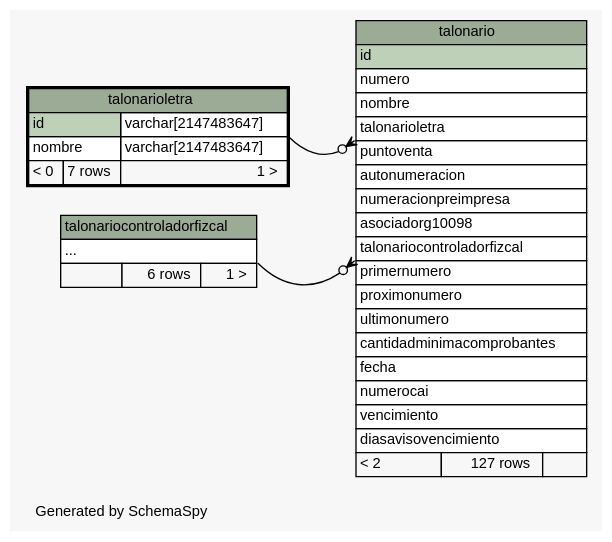
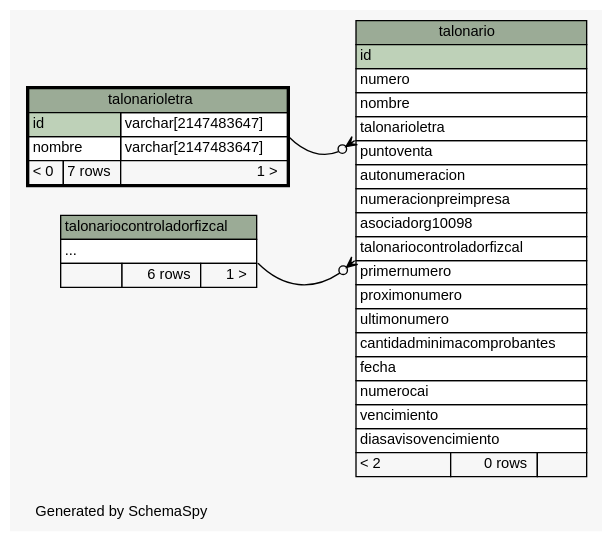
One commit to diegopablomansilla/massoftware_front changed the diagram in postgresql/schemaSpy/salida/diagrams/talonarioletra.2degrees.dot. Above: the diagram before and after it, drawn with Graphviz. The commit also changed 350 other files, not shown here.

```diff
--- a/postgresql/schemaSpy/salida/diagrams/talonarioletra.2degrees.dot
+++ b/postgresql/schemaSpy/salida/diagrams/talonarioletra.2degrees.dot
@@ -1,71 +1,71 @@
 // dot 2.2.1 on Windows 10 10.0
 // SchemaSpy rev 590
 digraph "twoDegreesRelationshipsDiagram" {
   graph [
     rankdir="RL"
     bgcolor="#f7f7f7"
     label="\nGenerated by SchemaSpy"
     labeljust="l"
     nodesep="0.18"
     ranksep="0.46"
     fontname="Helvetica"
     fontsize="11"
   ];
   node [
     fontname="Helvetica"
     fontsize="11"
     shape="plaintext"
   ];
   edge [
     arrowsize="0.8"
   ];
   "talonario":"talonariocontroladorfizcal":sw -> "talonariocontroladorfizcal":"elipses":se [arrowhead=none dir=back arrowtail=crowodot];
   "talonario":"talonarioletra":sw -> "talonarioletra":"id.type":se [arrowhead=none dir=back arrowtail=crowodot];
   "talonario" [
     label=<
     <TABLE BORDER="0" CELLBORDER="1" CELLSPACING="0" BGCOLOR="#ffffff">
       <TR><TD COLSPAN="3" BGCOLOR="#9bab96" ALIGN="CENTER">talonario</TD></TR>
       <TR><TD PORT="id" COLSPAN="3" BGCOLOR="#bed1b8" ALIGN="LEFT">id</TD></TR>
       <TR><TD PORT="numero" COLSPAN="3" ALIGN="LEFT">numero</TD></TR>
       <TR><TD PORT="nombre" COLSPAN="3" ALIGN="LEFT">nombre</TD></TR>
       <TR><TD PORT="talonarioletra" COLSPAN="3" ALIGN="LEFT">talonarioletra</TD></TR>
       <TR><TD PORT="puntoventa" COLSPAN="3" ALIGN="LEFT">puntoventa</TD></TR>
       <TR><TD PORT="autonumeracion" COLSPAN="3" ALIGN="LEFT">autonumeracion</TD></TR>
       <TR><TD PORT="numeracionpreimpresa" COLSPAN="3" ALIGN="LEFT">numeracionpreimpresa</TD></TR>
       <TR><TD PORT="asociadorg10098" COLSPAN="3" ALIGN="LEFT">asociadorg10098</TD></TR>
       <TR><TD PORT="talonariocontroladorfizcal" COLSPAN="3" ALIGN="LEFT">talonariocontroladorfizcal</TD></TR>
       <TR><TD PORT="primernumero" COLSPAN="3" ALIGN="LEFT">primernumero</TD></TR>
       <TR><TD PORT="proximonumero" COLSPAN="3" ALIGN="LEFT">proximonumero</TD></TR>
       <TR><TD PORT="ultimonumero" COLSPAN="3" ALIGN="LEFT">ultimonumero</TD></TR>
       <TR><TD PORT="cantidadminimacomprobantes" COLSPAN="3" ALIGN="LEFT">cantidadminimacomprobantes</TD></TR>
       <TR><TD PORT="fecha" COLSPAN="3" ALIGN="LEFT">fecha</TD></TR>
       <TR><TD PORT="numerocai" COLSPAN="3" ALIGN="LEFT">numerocai</TD></TR>
       <TR><TD PORT="vencimiento" COLSPAN="3" ALIGN="LEFT">vencimiento</TD></TR>
       <TR><TD PORT="diasavisovencimiento" COLSPAN="3" ALIGN="LEFT">diasavisovencimiento</TD></TR>
-      <TR><TD ALIGN="LEFT" BGCOLOR="#f7f7f7">&lt; 2</TD><TD ALIGN="RIGHT" BGCOLOR="#f7f7f7">127 rows</TD><TD ALIGN="RIGHT" BGCOLOR="#f7f7f7">  </TD></TR>
+      <TR><TD ALIGN="LEFT" BGCOLOR="#f7f7f7">&lt; 2</TD><TD ALIGN="RIGHT" BGCOLOR="#f7f7f7">0 rows</TD><TD ALIGN="RIGHT" BGCOLOR="#f7f7f7">  </TD></TR>
     </TABLE>>
     URL="talonario.html"
     tooltip="talonario"
   ];
   "talonariocontroladorfizcal" [
     label=<
     <TABLE BORDER="0" CELLBORDER="1" CELLSPACING="0" BGCOLOR="#ffffff">
       <TR><TD COLSPAN="3" BGCOLOR="#9bab96" ALIGN="CENTER">talonariocontroladorfizcal</TD></TR>
       <TR><TD PORT="elipses" COLSPAN="3" ALIGN="LEFT">...</TD></TR>
       <TR><TD ALIGN="LEFT" BGCOLOR="#f7f7f7">  </TD><TD ALIGN="RIGHT" BGCOLOR="#f7f7f7">6 rows</TD><TD ALIGN="RIGHT" BGCOLOR="#f7f7f7">1 &gt;</TD></TR>
     </TABLE>>
     URL="talonariocontroladorfizcal.html"
     tooltip="talonariocontroladorfizcal"
   ];
   "talonarioletra" [
     label=<
     <TABLE BORDER="2" CELLBORDER="1" CELLSPACING="0" BGCOLOR="#ffffff">
       <TR><TD COLSPAN="3" BGCOLOR="#9bab96" ALIGN="CENTER">talonarioletra</TD></TR>
       <TR><TD PORT="id" COLSPAN="2" BGCOLOR="#bed1b8" ALIGN="LEFT">id</TD><TD PORT="id.type" ALIGN="LEFT">varchar[2147483647]</TD></TR>
       <TR><TD PORT="nombre" COLSPAN="2" ALIGN="LEFT">nombre</TD><TD PORT="nombre.type" ALIGN="LEFT">varchar[2147483647]</TD></TR>
       <TR><TD ALIGN="LEFT" BGCOLOR="#f7f7f7">&lt; 0</TD><TD ALIGN="RIGHT" BGCOLOR="#f7f7f7">7 rows</TD><TD ALIGN="RIGHT" BGCOLOR="#f7f7f7">1 &gt;</TD></TR>
     </TABLE>>
     URL="talonarioletra.html"
     tooltip="talonarioletra"
   ];
 }
```
